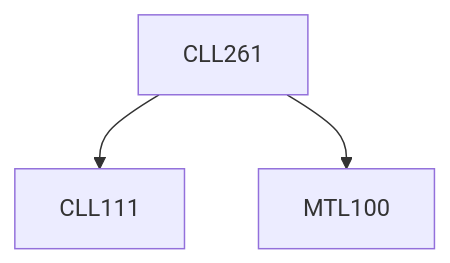
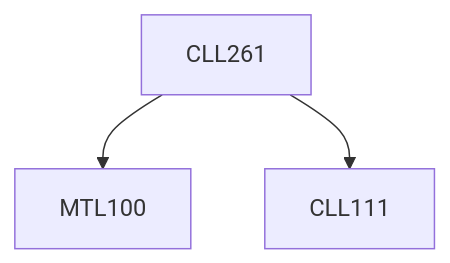
The diagram in content/Chemical Engineering/CLL261.md (KeshavBansal0122/CoS_Website), drawn with Mermaid before and after one commit. The commit also changed other lines of this file and 2662 other files, not shown here.

````diff
--- a/content/Chemical Engineering/CLL261.md
+++ b/content/Chemical Engineering/CLL261.md
@@ -15,9 +15,9 @@
 ```mermaid
 flowchart TD
 CLL261-115[CLL261]
+CLL261-115 --> MTL100-115[MTL100]
 CLL261-115 --> CLL111-115[CLL111]
-CLL261-115 --> MTL100-115[MTL100]
 
 classDef empty height:17px, fill:transparent, stroke:transparent;
 classDef trueEmpty height:0px, width:0px;
 ```
````
